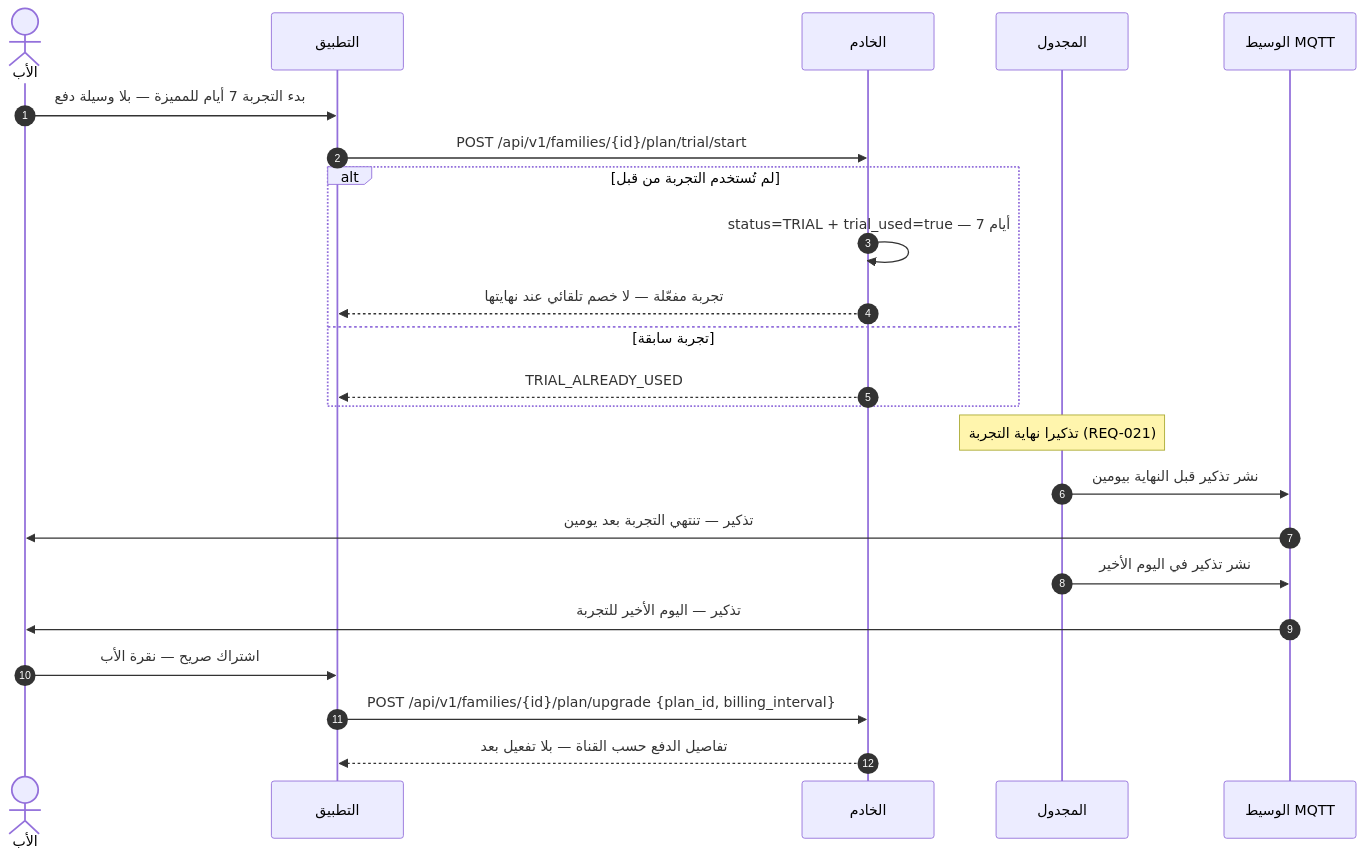
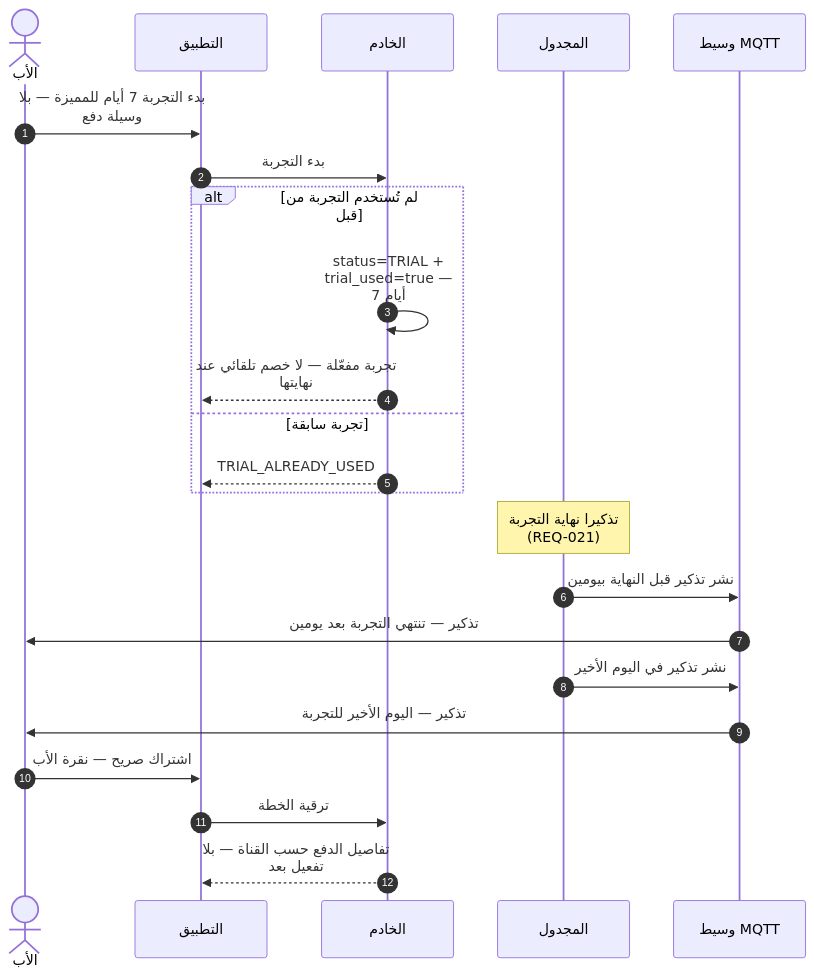
Before and after one commit to Bassam-mohammed-alqaeadi/family-os-v2: the sixth of 25 diagrams in docs/family-os/governance/phases/phase-1/S1-04-plans-and-subscriptions/DIAGRAMS.md, drawn with Mermaid. The commit also changed other lines of this file, not shown here.

````diff
--- a/docs/family-os/governance/phases/phase-1/S1-04-plans-and-subscriptions/DIAGRAMS.md
+++ b/docs/family-os/governance/phases/phase-1/S1-04-plans-and-subscriptions/DIAGRAMS.md
@@ -295,25 +303,26 @@
 ```mermaid
+%%{init: {"sequence": {"wrap": true}}}%%
 sequenceDiagram
     autonumber
     actor Father as الأب
     participant App as التطبيق
     participant Ktor as الخادم
     participant Sched as المجدول
-    participant Broker as الوسيط MQTT
+    participant MQTT as وسيط MQTT
     Father->>App: بدء التجربة 7 أيام للمميزة — بلا وسيلة دفع
-    App->>Ktor: POST /api/v1/families/{id}/plan/trial/start
+    App->>Ktor: بدء التجربة
     alt لم تُستخدم التجربة من قبل
         Ktor->>Ktor: status=TRIAL + trial_used=true — 7 أيام
         Ktor-->>App: تجربة مفعّلة — لا خصم تلقائي عند نهايتها
     else تجربة سابقة
         Ktor-->>App: TRIAL_ALREADY_USED
     end
     Note over Sched: تذكيرا نهاية التجربة (REQ-021)
-    Sched->>Broker: نشر تذكير قبل النهاية بيومين
-    Broker->>Father: تذكير — تنتهي التجربة بعد يومين
-    Sched->>Broker: نشر تذكير في اليوم الأخير
-    Broker->>Father: تذكير — اليوم الأخير للتجربة
+    Sched->>MQTT: نشر تذكير قبل النهاية بيومين
+    MQTT->>Father: تذكير — تنتهي التجربة بعد يومين
+    Sched->>MQTT: نشر تذكير في اليوم الأخير
+    MQTT->>Father: تذكير — اليوم الأخير للتجربة
     Father->>App: اشتراك صريح — نقرة الأب
-    App->>Ktor: POST /api/v1/families/{id}/plan/upgrade {plan_id, billing_interval}
+    App->>Ktor: ترقية الخطة
     Ktor-->>App: تفاصيل الدفع حسب القناة — بلا تفعيل بعد
 ```
````
